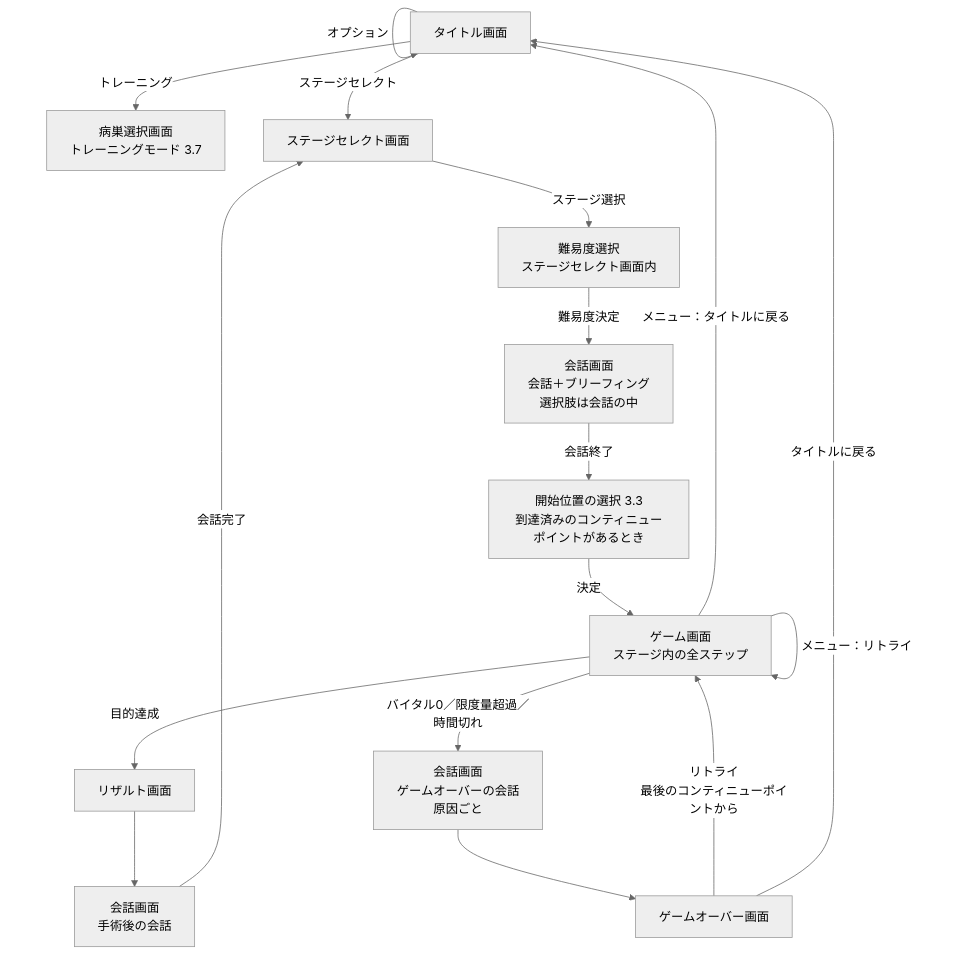
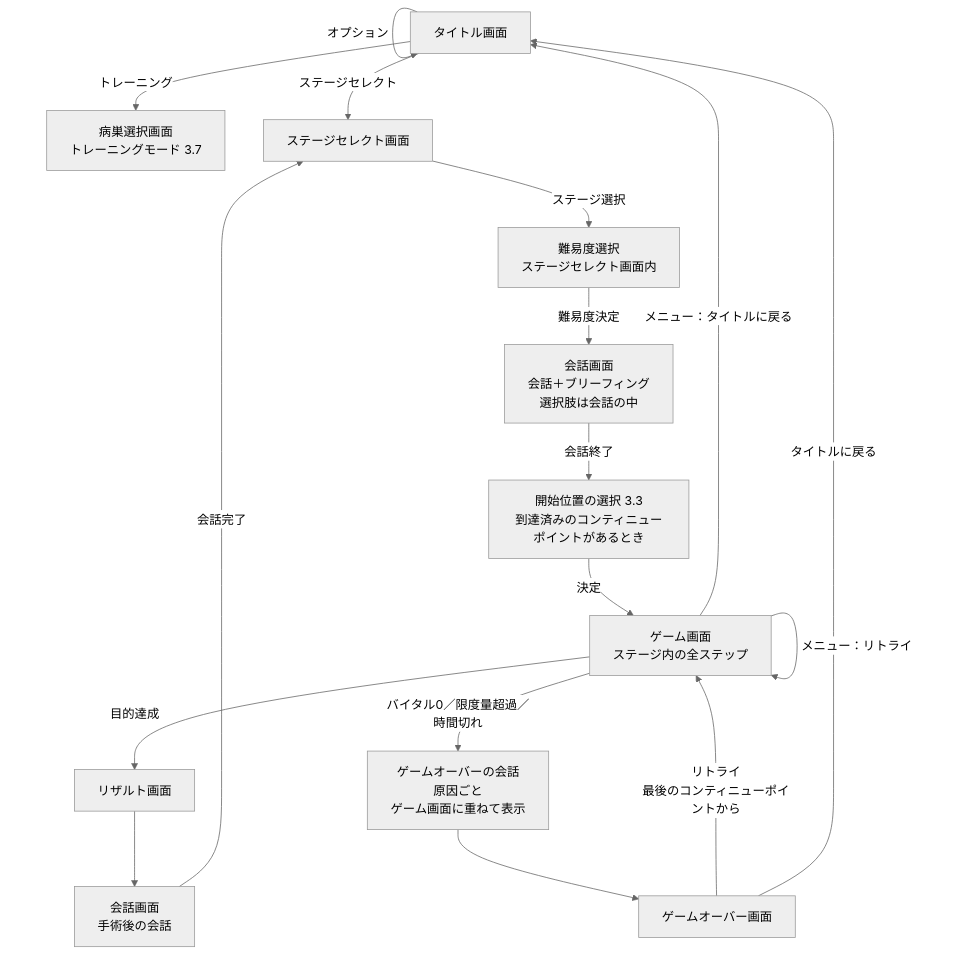
The first of 3 diagrams in spec/02_screens.md (shuokitsu/OperationTrauma), drawn with Mermaid (neutral theme) before and after one commit. The commit also changed other lines of this file and 28 other files, not shown here.

First line of the commit message:
P76 の回答、P78（スマホ操作）を保留で追加、ゲームオーバーの会話の出し方と心電図の演出を spec/ に反映、仮サウンドを追加

````diff
--- a/spec/02_screens.md
+++ b/spec/02_screens.md
@@ -22,18 +22,18 @@
 ```mermaid
 flowchart TD
     Title[タイトル画面] -->|ステージセレクト| Select[ステージセレクト画面]
     Title -->|オプション| Title
     Title -->|トレーニング| Training[病巣選択画面<br>トレーニングモード 3.7]
     Select -->|ステージ選択| Diff[難易度選択<br>ステージセレクト画面内]
     Diff -->|難易度決定| TalkBefore[会話画面<br>会話＋ブリーフィング<br>選択肢は会話の中]
     TalkBefore -->|会話終了| Start[開始位置の選択 3.3<br>到達済みのコンティニューポイントがあるとき]
     Start -->|決定| Game[ゲーム画面<br>ステージ内の全ステップ]
     Game -->|目的達成| Result[リザルト画面]
-    Game -->|バイタル0／限度量超過／時間切れ| TalkOver[会話画面<br>ゲームオーバーの会話<br>原因ごと] --> Over[ゲームオーバー画面]
+    Game -->|バイタル0／限度量超過／時間切れ| TalkOver[ゲームオーバーの会話<br>原因ごと<br>ゲーム画面に重ねて表示] --> Over[ゲームオーバー画面]
     Game -->|メニュー：リトライ| Game
     Game -->|メニュー：タイトルに戻る| Title
     Over -->|リトライ<br>最後のコンティニューポイントから| Game
     Over -->|タイトルに戻る| Title
     Result --> TalkAfter[会話画面<br>手術後の会話]
     TalkAfter -->|会話完了| Select
 ```
````
